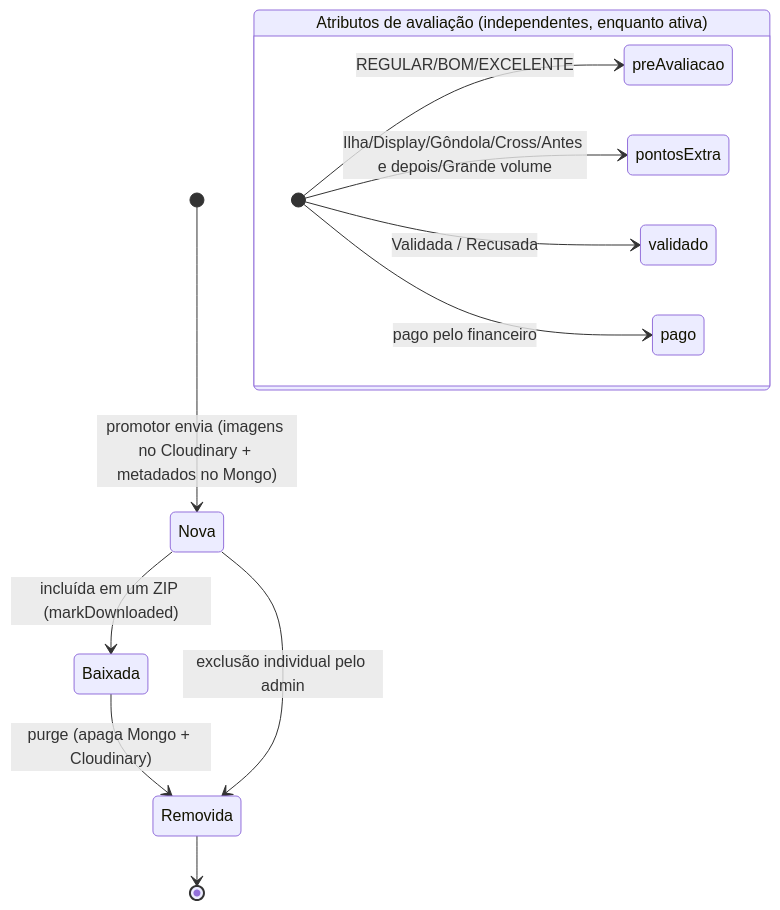
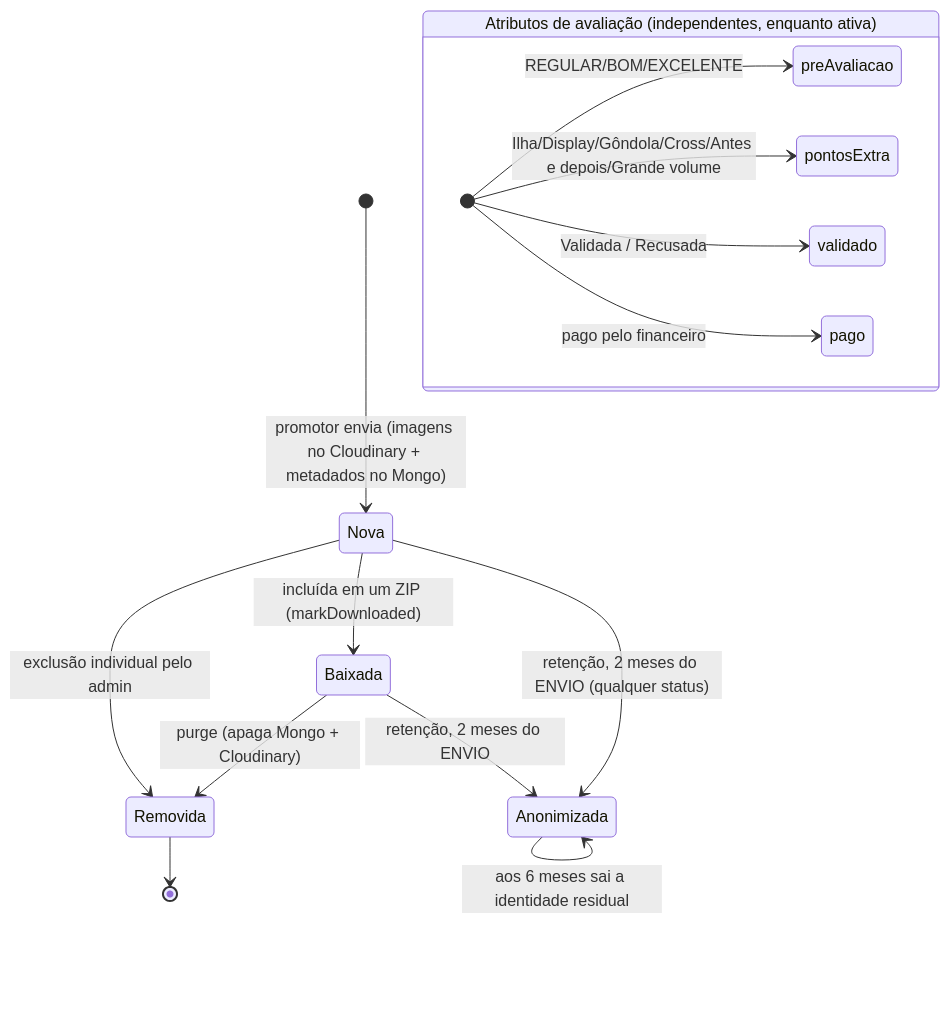
The fifth of 5 diagrams in docs/04-fluxos-bpmn.md (Vaniteux2006/pdv_memphis), drawn with Mermaid before and after one commit. The commit also changed other lines of this file and 7 other files, not shown here.

````diff
--- a/docs/04-fluxos-bpmn.md
+++ b/docs/04-fluxos-bpmn.md
@@ -99,16 +102,19 @@
 ```mermaid
 stateDiagram-v2
   [*] --> Nova : promotor envia (imagens no Cloudinary + metadados no Mongo)
   Nova --> Baixada : incluída em um ZIP (markDownloaded)
   Baixada --> Removida : purge (apaga Mongo + Cloudinary)
   Nova --> Removida : exclusão individual pelo admin
+  Nova --> Anonimizada : retenção, 2 meses do ENVIO (qualquer status)
+  Baixada --> Anonimizada : retenção, 2 meses do ENVIO
+  Anonimizada --> Anonimizada : aos 6 meses sai a identidade residual
   Removida --> [*]
 
   state "Atributos de avaliação (independentes, enquanto ativa)" as Aval {
     direction LR
     [*] --> preAvaliacao : REGULAR/BOM/EXCELENTE
     [*] --> pontosExtra : Ilha/Display/Gôndola/Cross/Antes e depois/Grande volume
     [*] --> validado : Validada / Recusada
     [*] --> pago : pago pelo financeiro
   }
 ```
````
